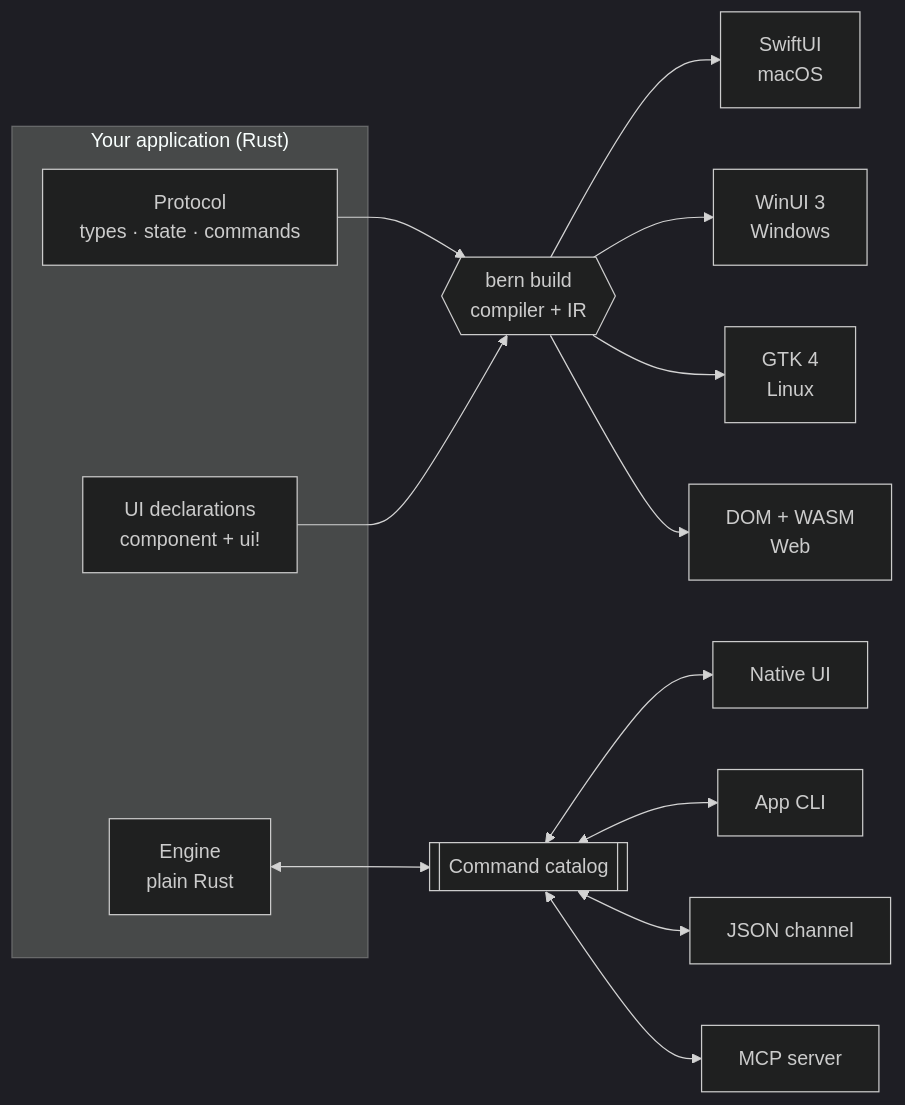
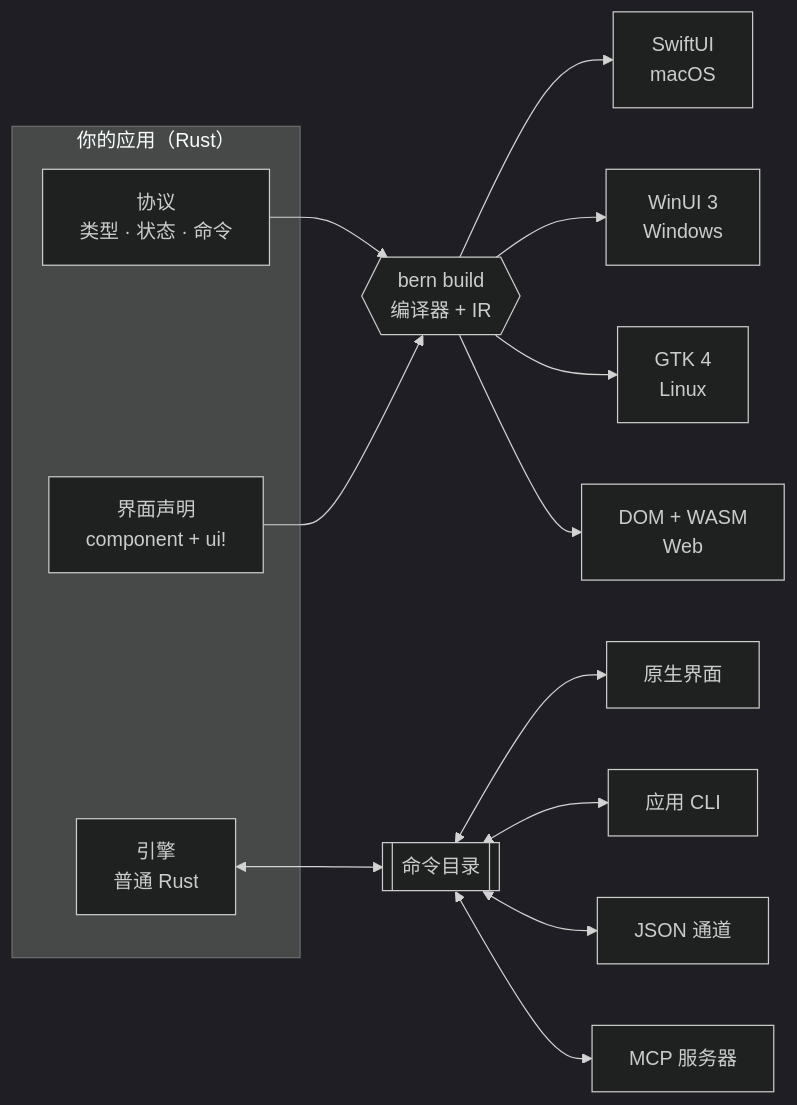
Before and after one commit to AimesSoft/Bern: the diagram in README.md, drawn with Mermaid (dark theme). The commit also changed other lines of this file and 136 other files, not shown here.

````diff
--- a/README.md
+++ b/README.md
@@ -108,19 +204,19 @@
 ```mermaid
 flowchart LR
-    subgraph app["Your application (Rust)"]
-        P["Protocol<br/>types · state · commands"]
-        U["UI declarations<br/>component + ui!"]
-        E["Engine<br/>plain Rust"]
+    subgraph app["你的应用（Rust）"]
+        P["协议<br/>类型 · 状态 · 命令"]
+        U["界面声明<br/>component + ui!"]
+        E["引擎<br/>普通 Rust"]
     end
-    P --> C{{"bern build<br/>compiler + IR"}}
+    P --> C{{"bern build<br/>编译器 + IR"}}
     U --> C
     C --> S["SwiftUI<br/>macOS"]
     C --> W["WinUI 3<br/>Windows"]
     C --> G["GTK 4<br/>Linux"]
     C --> B["DOM + WASM<br/>Web"]
-    E <--> K[["Command catalog"]]
-    K <--> N["Native UI"]
-    K <--> L["App CLI"]
-    K <--> J["JSON channel"]
-    K <--> M["MCP server"]
+    E <--> K[["命令目录"]]
+    K <--> N["原生界面"]
+    K <--> L["应用 CLI"]
+    K <--> J["JSON 通道"]
+    K <--> M["MCP 服务器"]
 ```
````
